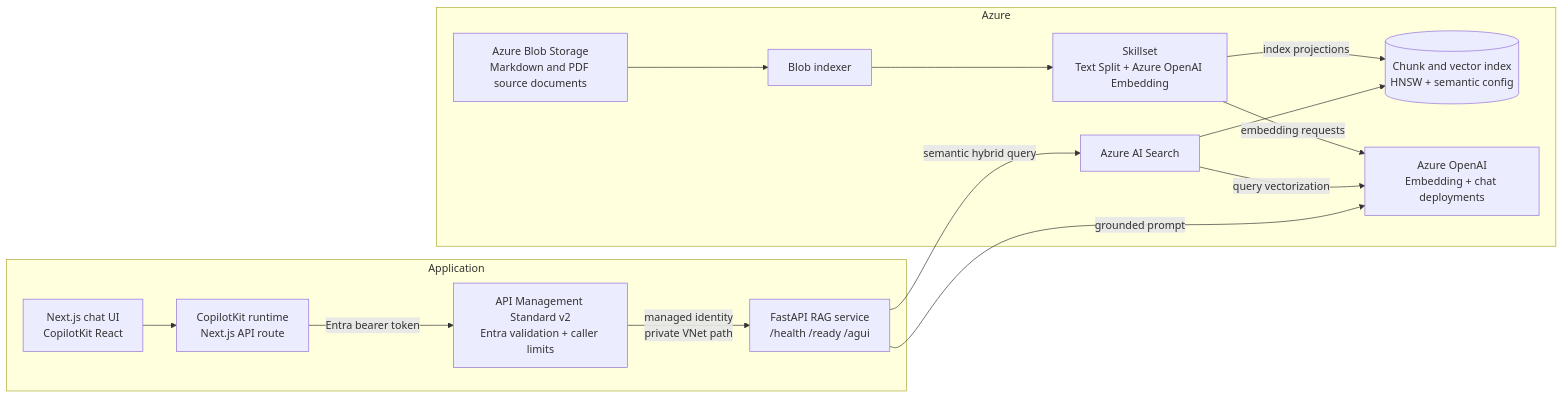
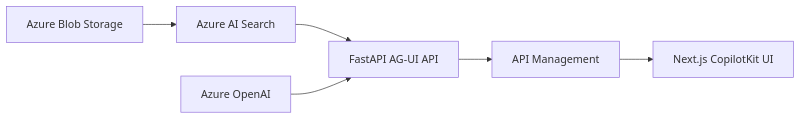
The diagram in README.md (KostasCherv/azure-rag-system), drawn with Mermaid before and after one commit. The commit also changed other lines of this file and 6 other files, not shown here.

````diff
--- a/README.md
+++ b/README.md
@@ -26,30 +94,8 @@
 ```mermaid
 flowchart LR
-    subgraph Azure[Azure]
-        Blob[Azure Blob Storage<br/>Markdown and PDF source documents]
-        Search[Azure AI Search]
-        Indexer[Blob indexer]
-        Skills[Skillset<br/>Text Split + Azure OpenAI Embedding]
-        Index[(Chunk and vector index<br/>HNSW + semantic config)]
-        AOAI[Azure OpenAI<br/>Embedding + chat deployments]
-    end
-
-    subgraph App[Application]
-        APIM[API Management Standard v2<br/>Entra validation + caller limits]
-        API[FastAPI RAG service<br/>/health /ready /agui]
-        Runtime[CopilotKit runtime<br/>Next.js API route]
-        UI[Next.js chat UI<br/>CopilotKit React]
-    end
-
-    Blob --> Indexer
-    Indexer --> Skills
-    Skills -->|embedding requests| AOAI
-    Skills -->|index projections| Index
-    API -->|semantic hybrid query| Search
-    Search --> Index
-    Search -->|query vectorization| AOAI
-    API -->|grounded prompt| AOAI
-    UI --> Runtime
-    Runtime -->|Entra bearer token| APIM
-    APIM -->|managed identity<br/>private VNet path| API
+    Blob[Azure Blob Storage] --> Search[Azure AI Search]
+    Search --> API[FastAPI AG-UI API]
+    AOAI[Azure OpenAI] --> API
+    API --> APIM[API Management]
+    APIM --> UI[Next.js CopilotKit UI]
 ```
````
